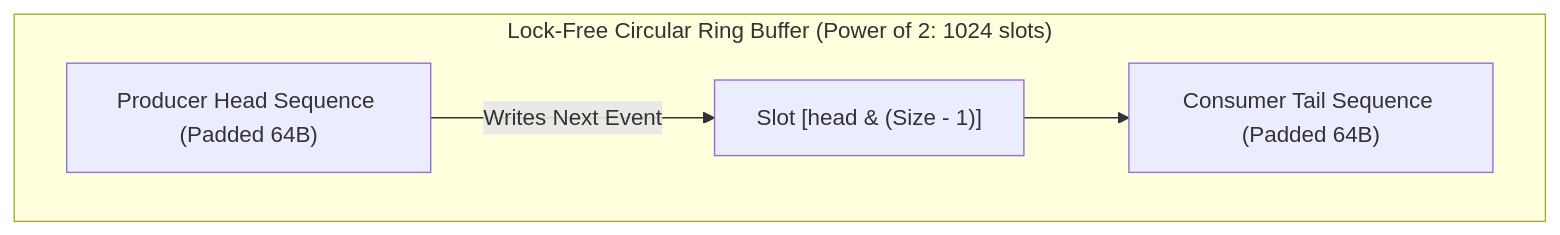
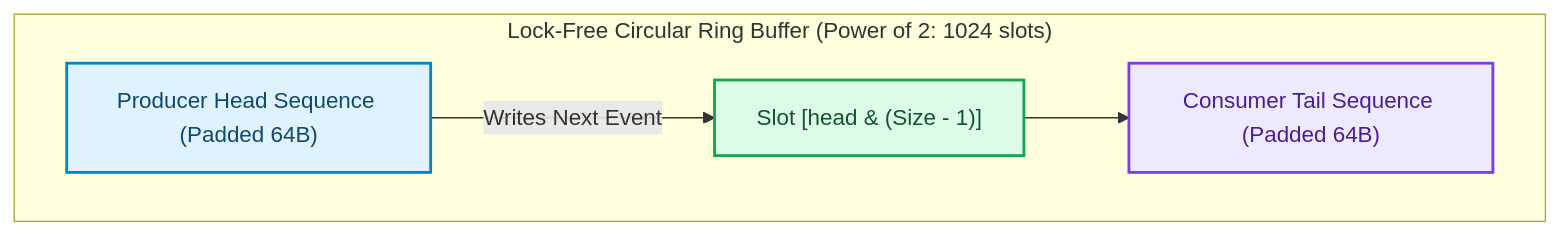
Before and after one commit to akmalkhaniub/akmalkhaniub.github.io: the third of 3 diagrams in blog/posts/ultra-low-latency-limit-order-books-lob-lock-free-ring-buffers-cpu-cache.md, drawn with Mermaid. The commit also changed other lines of this file and 1291 other files, not shown here.

First line of the commit message:
feat(catalog): unique covers, scholarly references, and diagram palettes

````diff
--- a/blog/posts/ultra-low-latency-limit-order-books-lob-lock-free-ring-buffers-cpu-cache.md
+++ b/blog/posts/ultra-low-latency-limit-order-books-lob-lock-free-ring-buffers-cpu-cache.md
@@ -94,7 +114,16 @@
 ```mermaid
 flowchart TD
   subgraph SG4_LockFreeCircular ["Lock-Free Circular Ring Buffer (Power of 2: 1024 slots)"]
     Head["Producer Head Sequence (Padded 64B)"] -->|Writes Next Event| Slot["Slot [head & (Size - 1)]"]
     Slot --> Tail["Consumer Tail Sequence (Padded 64B)"]
   end
+
+classDef green fill:#dcfce7,stroke:#16a34a,stroke-width:2px,color:#14532d;
+classDef red fill:#fee2e2,stroke:#dc2626,stroke-width:2px,color:#7f1d1d;
+classDef blue fill:#e0f2fe,stroke:#0284c7,stroke-width:2px,color:#0c4a6e;
+classDef yellow fill:#fef3c7,stroke:#d97706,stroke-width:2px,color:#78350f;
+classDef purple fill:#ede9fe,stroke:#7c3aed,stroke-width:2px,color:#4c1d95;
+class Head blue
+class Slot green
+class Tail purple
 ```
````
